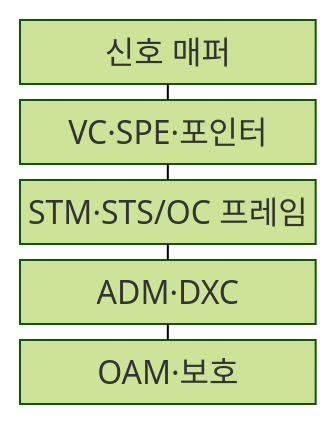
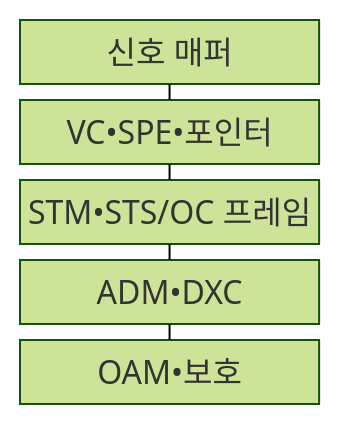
The first of 2 diagrams in src/content/docs/notes/04-network/069_pdh_sdh_sonet.md (agnusdei1207/knowledge-base), drawn with Mermaid (forest theme) before and after one commit. The commit also changed other lines of this file and 953 other files, not shown here.

````diff
--- a/src/content/docs/notes/04-network/069_pdh_sdh_sonet.md
+++ b/src/content/docs/notes/04-network/069_pdh_sdh_sonet.md
@@ -70,13 +70,13 @@
 ```mermaid
 block-beta
     columns 1
     A["신호 매퍼"]
-    B["VC·SPE·포인터"]
-    C["STM·STS/OC 프레임"]
-    D["ADM·DXC"]
-    E["OAM·보호"]
+    B["VC•SPE•포인터"]
+    C["STM•STS/OC 프레임"]
+    D["ADM•DXC"]
+    E["OAM•보호"]
     A --- B
     B --- C
     C --- D
     D --- E
 ```
````
